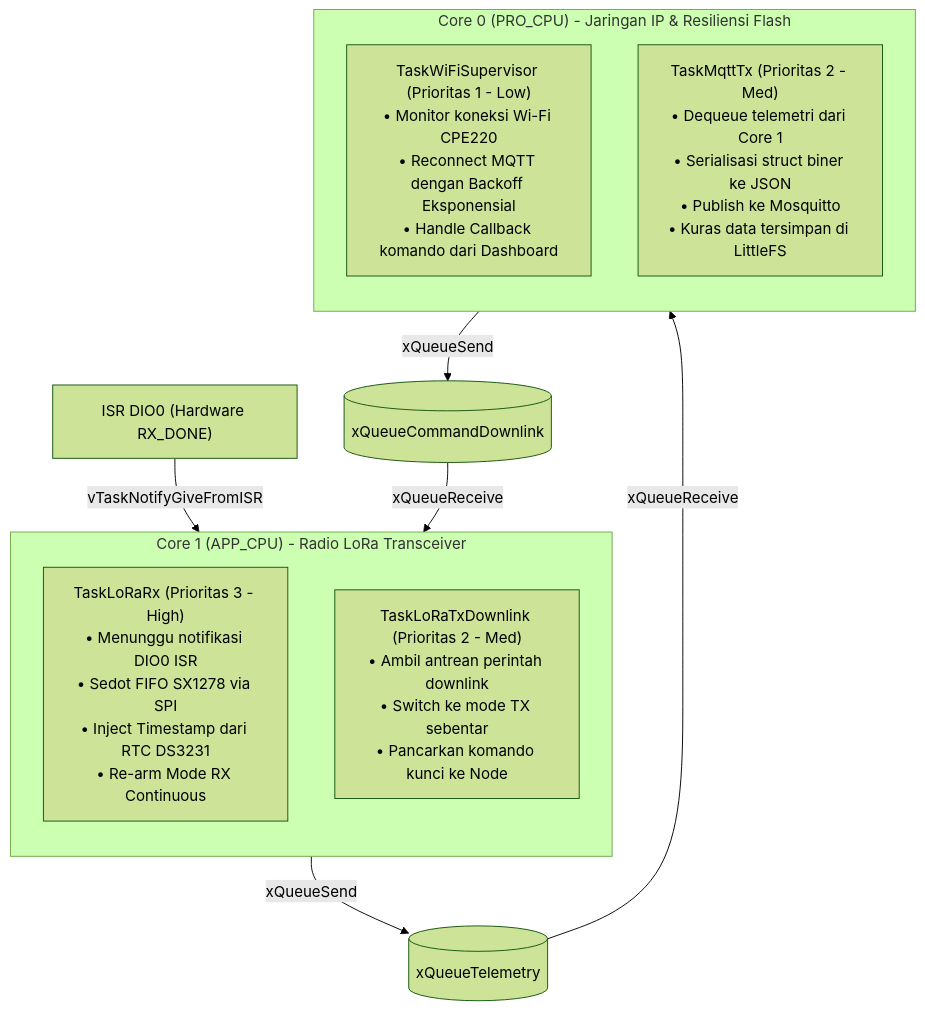
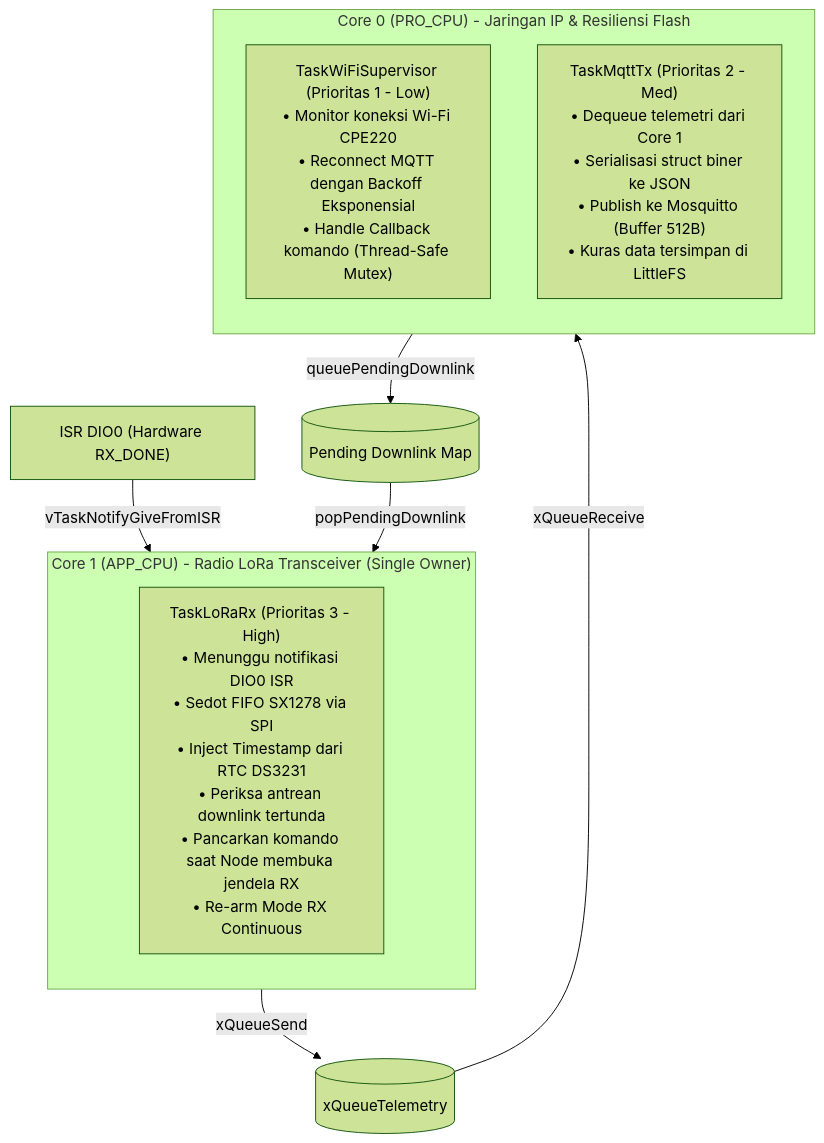
The second of 4 diagrams in src/firmware/gateway/docs/README.md (DHard4114/DESPRO-4), drawn with Mermaid (forest theme) before and after one commit. The commit also changed other lines of this file and 9 other files, not shown here.

Commit message:
refactor(firmware): refine node_wc and gateway architectures, standalone tests, and docs

````diff
--- a/src/firmware/gateway/docs/README.md
+++ b/src/firmware/gateway/docs/README.md
@@ -63,20 +64,19 @@
 ```mermaid
 flowchart TB
-    subgraph Core1["Core 1 (APP_CPU) - Radio LoRa Transceiver"]
+    subgraph Core1["Core 1 (APP_CPU) - Radio LoRa Transceiver (Single Owner)"]
         direction TB
-        T_RX["TaskLoRaRx (Prioritas 3 - High)<br/>• Menunggu notifikasi DIO0 ISR<br/>• Sedot FIFO SX1278 via SPI<br/>• Inject Timestamp dari RTC DS3231<br/>• Re-arm Mode RX Continuous"]
-        T_DOWN["TaskLoRaTxDownlink (Prioritas 2 - Med)<br/>• Ambil antrean perintah downlink<br/>• Switch ke mode TX sebentar<br/>• Pancarkan komando kunci ke Node"]
+        T_RX["TaskLoRaRx (Prioritas 3 - High)<br/>• Menunggu notifikasi DIO0 ISR<br/>• Sedot FIFO SX1278 via SPI<br/>• Inject Timestamp dari RTC DS3231<br/>• Periksa antrean downlink tertunda<br/>• Pancarkan komando saat Node membuka jendela RX<br/>• Re-arm Mode RX Continuous"]
     end
 
     subgraph Core0["Core 0 (PRO_CPU) - Jaringan IP & Resiliensi Flash"]
         direction TB
-        T_WIFI["TaskWiFiSupervisor (Prioritas 1 - Low)<br/>• Monitor koneksi Wi-Fi CPE220<br/>• Reconnect MQTT dengan Backoff Eksponensial<br/>• Handle Callback komando dari Dashboard"]
-        T_MQTT["TaskMqttTx (Prioritas 2 - Med)<br/>• Dequeue telemetri dari Core 1<br/>• Serialisasi struct biner ke JSON<br/>• Publish ke Mosquitto<br/>• Kuras data tersimpan di LittleFS"]
+        T_WIFI["TaskWiFiSupervisor (Prioritas 1 - Low)<br/>• Monitor koneksi Wi-Fi CPE220<br/>• Reconnect MQTT dengan Backoff Eksponensial<br/>• Handle Callback komando (Thread-Safe Mutex)"]
+        T_MQTT["TaskMqttTx (Prioritas 2 - Med)<br/>• Dequeue telemetri dari Core 1<br/>• Serialisasi struct biner ke JSON<br/>• Publish ke Mosquitto (Buffer 512B)<br/>• Kuras data tersimpan di LittleFS"]
     end
 
     ISR_DIO0["ISR DIO0 (Hardware RX_DONE)"] -->|vTaskNotifyGiveFromISR| T_RX
     T_RX -->|xQueueSend| Q_TEL[(xQueueTelemetry)]
     Q_TEL -->|xQueueReceive| T_MQTT
-    T_WIFI -->|xQueueSend| Q_CMD[(xQueueCommandDownlink)]
-    Q_CMD -->|xQueueReceive| T_DOWN
+    T_WIFI -->|queuePendingDownlink| MAP_DOWN[("Pending Downlink Map")]
+    MAP_DOWN -->|popPendingDownlink| T_RX
 ```
````
